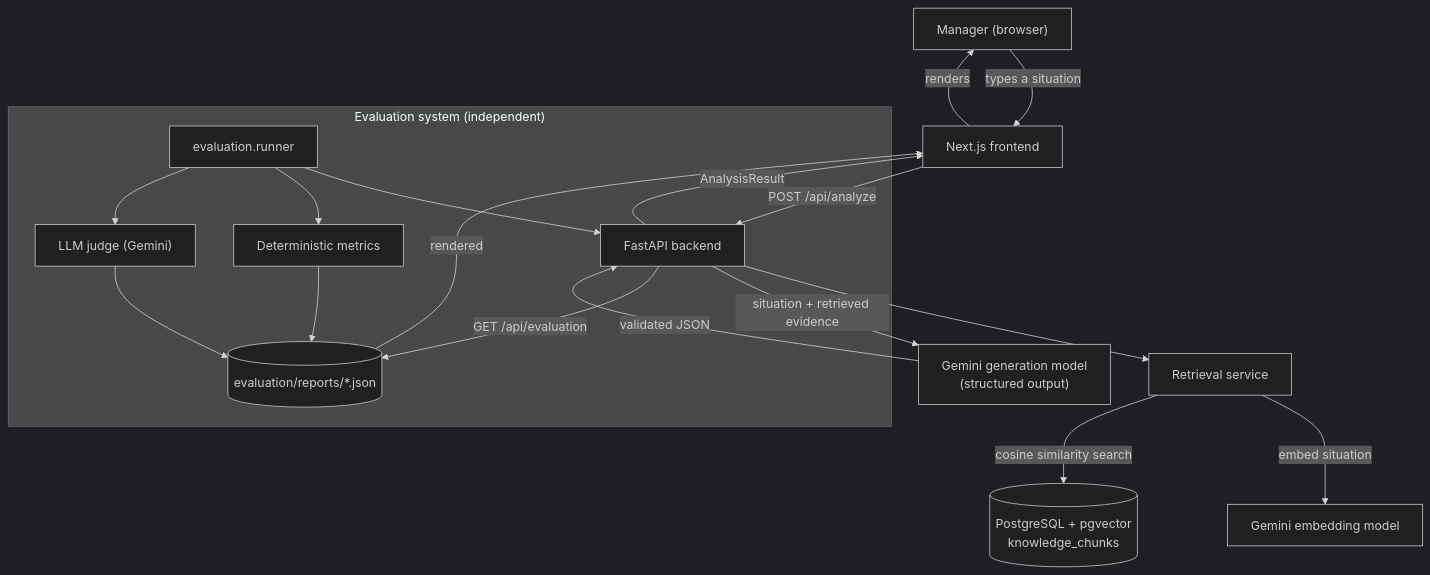
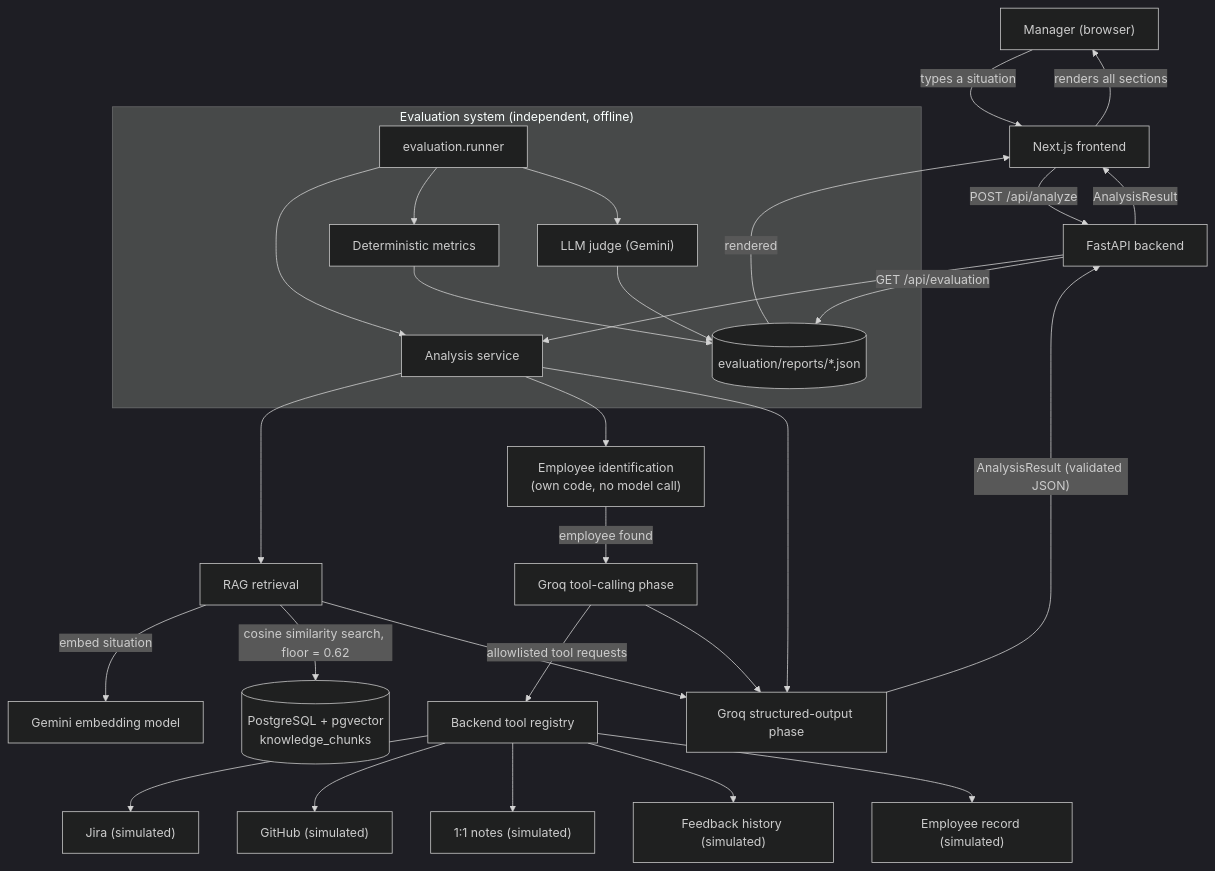
The first of 2 diagrams in README.md (NagaSekhar23/managerlens), drawn with Mermaid (dark theme) before and after one commit. The commit also changed other lines of this file and 30 other files, not shown here.

First line of the commit message:
Add company-data tools, migrate reasoning to Groq, refresh docs

````diff
--- a/README.md
+++ b/README.md
@@ -66,23 +111,39 @@
 ```mermaid
 flowchart TD
     User["Manager (browser)"] -->|"types a situation"| FE["Next.js frontend"]
     FE -->|"POST /api/analyze"| API["FastAPI backend"]
-    API --> RET["Retrieval service"]
-    RET -->|"embed situation"| EMB["Gemini embedding model"]
-    RET -->|"cosine similarity search"| PGV[("PostgreSQL + pgvector\nknowledge_chunks")]
-    API -->|"situation + retrieved evidence"| GEN["Gemini generation model\n(structured output)"]
-    GEN -->|"validated JSON"| API
+    API --> SVC["Analysis service"]
+
+    SVC --> RAG["RAG retrieval"]
+    RAG -->|"embed situation"| GEMB["Gemini embedding model"]
+    RAG -->|"cosine similarity search, floor = 0.62"| PGV[("PostgreSQL + pgvector\nknowledge_chunks")]
+
+    SVC --> IDENT["Employee identification\n(own code, no model call)"]
+
+    IDENT -->|"employee found"| TOOLS["Groq tool-calling phase"]
+    TOOLS -->|"allowlisted tool requests"| REG["Backend tool registry"]
+    REG --> JIRA["Jira (simulated)"]
+    REG --> GH["GitHub (simulated)"]
+    REG --> ONEONONE["1:1 notes (simulated)"]
+    REG --> FEEDBACK["Feedback history (simulated)"]
+    REG --> EMP["Employee record (simulated)"]
+
+    SVC --> FINAL["Groq structured-output phase"]
+    RAG --> FINAL
+    TOOLS --> FINAL
+
+    FINAL -->|"AnalysisResult (validated JSON)"| API
     API -->|"AnalysisResult"| FE
-    FE -->|"renders"| User
+    FE -->|"renders all sections"| User
 
-    subgraph Eval["Evaluation system (independent)"]
-        RUNNER["evaluation.runner"] --> API
+    subgraph EvalSys["Evaluation system (independent, offline)"]
+        RUNNER["evaluation.runner"] --> SVC
         RUNNER --> METRICS["Deterministic metrics"]
         RUNNER --> JUDGE["LLM judge (Gemini)"]
         METRICS --> REPORT[("evaluation/reports/*.json")]
         JUDGE --> REPORT
     end
 
     API -->|"GET /api/evaluation"| REPORT
     REPORT -->|"rendered"| FE
 ```
````
